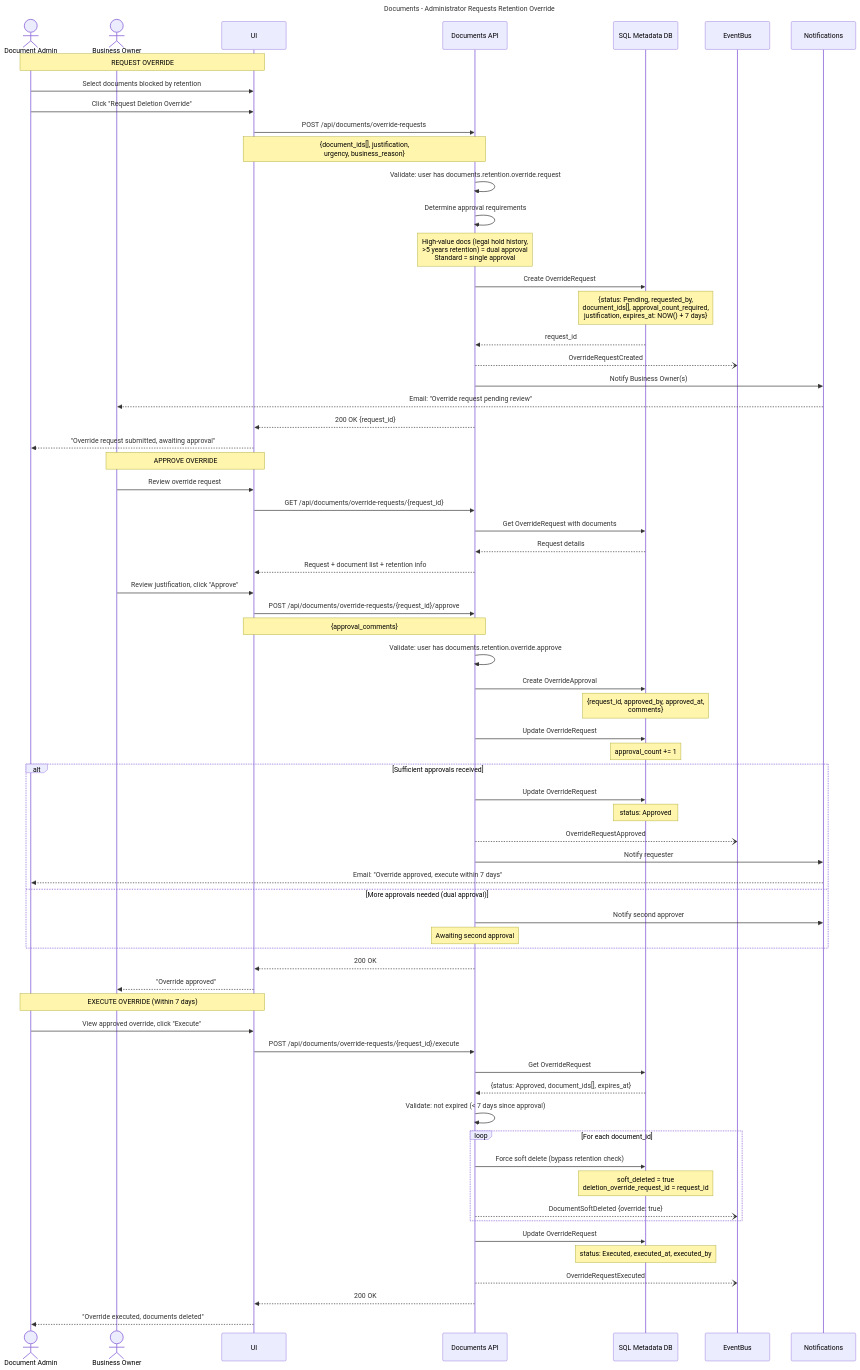
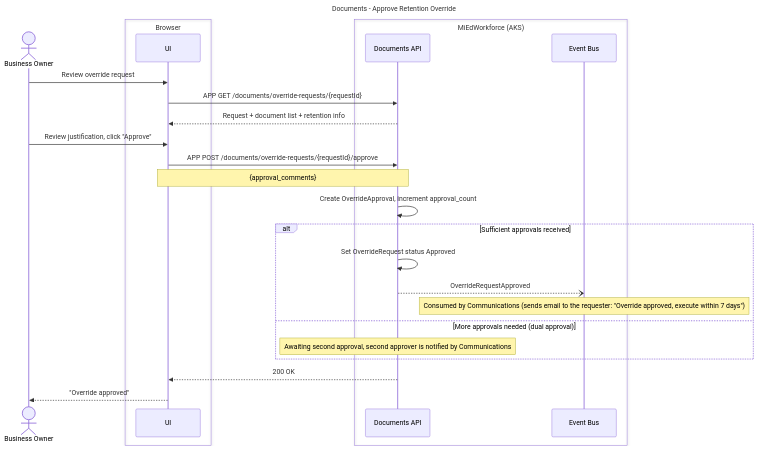
One commit to mnichols-dl/mied-design changed diagram 12 of 16 in working-docs/solution-areas/documents/documents-sequences.md. Above: the diagram before and after it, drawn with Mermaid. The commit also changed other lines of this file and 34 other files, not shown here.

Commit message:
Update sequences and perform RTM assessment

````diff
--- a/working-docs/solution-areas/documents/documents-sequences.md
+++ b/working-docs/solution-areas/documents/documents-sequences.md
@@ -674,89 +675,35 @@
 ```mermaid
 ---
-title: Documents - Administrator Requests Retention Override
+title: Documents - Approve Retention Override
 ---
 sequenceDiagram
-    actor DocAdmin as Document Admin
     actor BusinessOwner as Business Owner
+    box Browser
     participant UI
-    participant DocsAPI as Documents API
-    participant MetadataDB as SQL Metadata DB
-    participant EventBus
-    participant NotificationService as Notifications
-    
-    Note over DocAdmin,UI: REQUEST OVERRIDE
-    DocAdmin->>UI: Select documents blocked by retention
-    DocAdmin->>UI: Click "Request Deletion Override"
-    UI->>DocsAPI: POST /api/documents/override-requests
-    Note over UI,DocsAPI: {document_ids[], justification,<br/>urgency, business_reason}
-    
-    DocsAPI->>DocsAPI: Validate: user has documents.retention.override.request
-    DocsAPI->>DocsAPI: Determine approval requirements
-    Note over DocsAPI: High-value docs (legal hold history,<br/>>5 years retention) = dual approval<br/>Standard = single approval
-    
-    DocsAPI->>MetadataDB: Create OverrideRequest
-    Note over MetadataDB: {status: Pending, requested_by,<br/>document_ids[], approval_count_required,<br/>justification, expires_at: NOW() + 7 days}
-    MetadataDB-->>DocsAPI: request_id
-    
-    DocsAPI--)EventBus: OverrideRequestCreated
-    DocsAPI->>NotificationService: Notify Business Owner(s)
-    NotificationService-->>BusinessOwner: Email: "Override request pending review"
-    
-    DocsAPI-->>UI: 200 OK {request_id}
-    UI-->>DocAdmin: "Override request submitted, awaiting approval"
-    
-    Note over BusinessOwner,UI: APPROVE OVERRIDE
+    end
+    box MiEdWorkforce (AKS)
+    participant DocsApi as Documents API
+    participant EventBus as Event Bus
+    end
+
     BusinessOwner->>UI: Review override request
-    UI->>DocsAPI: GET /api/documents/override-requests/{request_id}
-    DocsAPI->>MetadataDB: Get OverrideRequest with documents
-    MetadataDB-->>DocsAPI: Request details
-    DocsAPI-->>UI: Request + document list + retention info
-    
+    UI->>DocsApi: APP GET /documents/override-requests/{requestId}
+    DocsApi-->>UI: Request + document list + retention info
+
     BusinessOwner->>UI: Review justification, click "Approve"
-    UI->>DocsAPI: POST /api/documents/override-requests/{request_id}/approve
-    Note over UI,DocsAPI: {approval_comments}
-    
-    DocsAPI->>DocsAPI: Validate: user has documents.retention.override.approve
-    
-    DocsAPI->>MetadataDB: Create OverrideApproval
-    Note over MetadataDB: {request_id, approved_by, approved_at,<br/>comments}
-    
-    DocsAPI->>MetadataDB: Update OverrideRequest
-    Note over MetadataDB: approval_count += 1
-    
+    UI->>DocsApi: APP POST /documents/override-requests/{requestId}/approve
+    Note over UI,DocsApi: {approval_comments}
+
+    DocsApi->>DocsApi: Create OverrideApproval, increment approval_count
+
     alt Sufficient approvals received
-        DocsAPI->>MetadataDB: Update OverrideRequest
-        Note over MetadataDB: status: Approved
-        DocsAPI--)EventBus: OverrideRequestApproved
-        DocsAPI->>NotificationService: Notify requester
-        NotificationService-->>DocAdmin: Email: "Override approved, execute within 7 days"
+        DocsApi->>DocsApi: Set OverrideRequest status Approved
+        DocsApi--)EventBus: OverrideRequestApproved
+        Note over EventBus: Consumed by Communications (sends email to the requester: "Override approved, execute within 7 days")
     else More approvals needed (dual approval)
-        DocsAPI->>NotificationService: Notify second approver
-        Note over DocsAPI: Awaiting second approval
+        Note over DocsApi: Awaiting second approval, second approver is notified by Communications
     end
-    
-    DocsAPI-->>UI: 200 OK
+
+    DocsApi-->>UI: 200 OK
     UI-->>BusinessOwner: "Override approved"
-    
-    Note over DocAdmin,UI: EXECUTE OVERRIDE (Within 7 days)
-    DocAdmin->>UI: View approved override, click "Execute"
-    UI->>DocsAPI: POST /api/documents/override-requests/{request_id}/execute
-    
-    DocsAPI->>MetadataDB: Get OverrideRequest
-    MetadataDB-->>DocsAPI: {status: Approved, document_ids[], expires_at}
-    
-    DocsAPI->>DocsAPI: Validate: not expired (< 7 days since approval)
-    
-    loop For each document_id
-        DocsAPI->>MetadataDB: Force soft delete (bypass retention check)
-        Note over MetadataDB: soft_deleted = true<br/>deletion_override_request_id = request_id
-        DocsAPI--)EventBus: DocumentSoftDeleted {override: true}
-    end
-    
-    DocsAPI->>MetadataDB: Update OverrideRequest
-    Note over MetadataDB: status: Executed, executed_at, executed_by
-    
-    DocsAPI--)EventBus: OverrideRequestExecuted
-    DocsAPI-->>UI: 200 OK
-    UI-->>DocAdmin: "Override executed, documents deleted"
 ```
````
